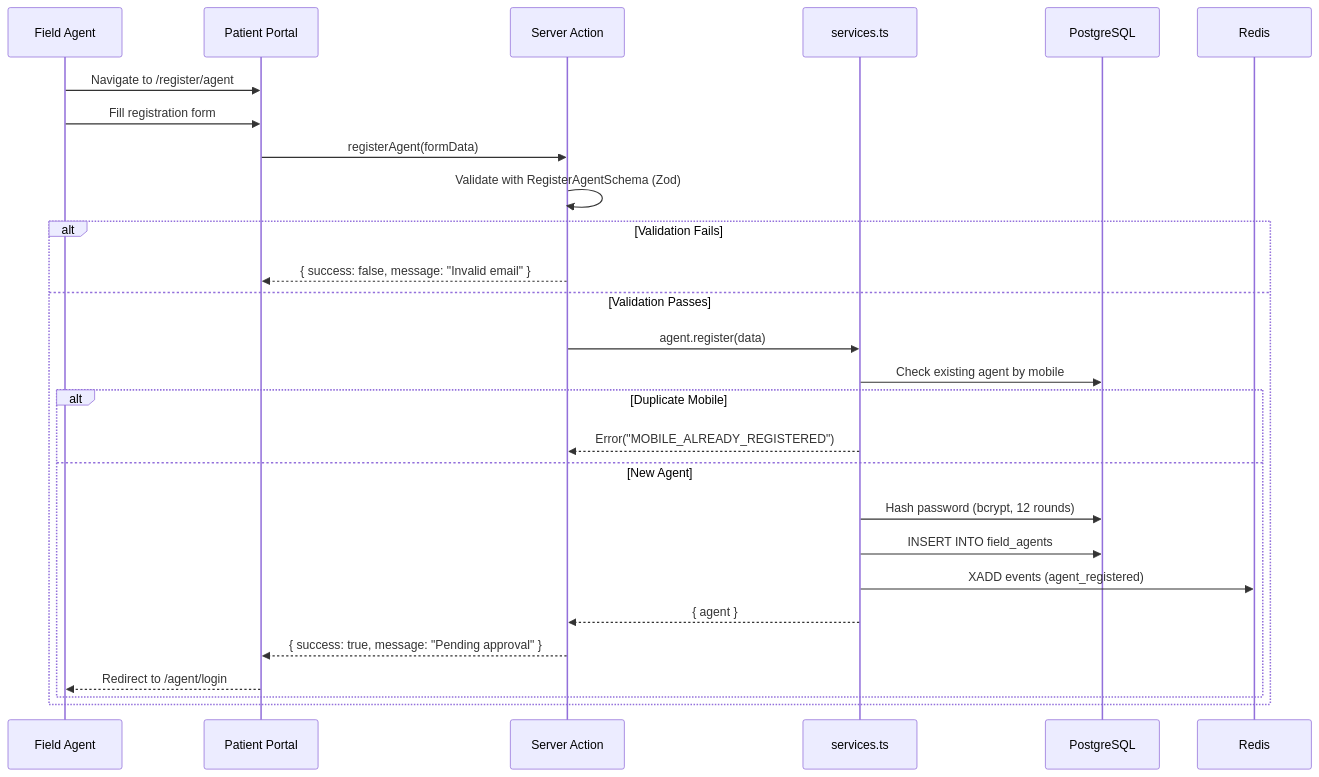
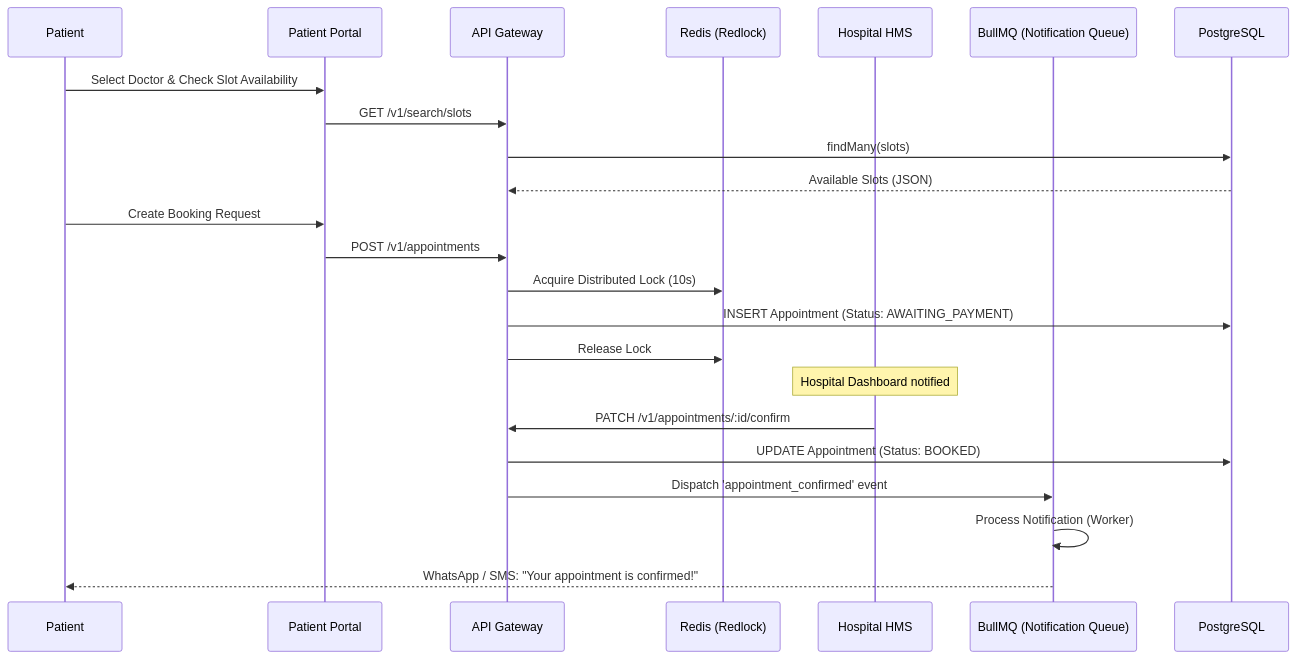
The fourth of 4 diagrams in docs/architecture/README.md (hemanthprince64-coder/Haspataal), drawn with Mermaid before and after one commit. The commit also changed other lines of this file and 30 other files, not shown here.

````diff
--- a/docs/architecture/README.md
+++ b/docs/architecture/README.md
@@ -217,31 +140,29 @@
 ```mermaid
 sequenceDiagram
-    participant AG as Field Agent
+    participant P as Patient
     participant PP as Patient Portal
-    participant SA as Server Action
-    participant SVC as services.ts
+    participant GW as API Gateway
+    participant RD as Redis (Redlock)
+    participant HMS as Hospital HMS
+    participant BQ as BullMQ (Notification Queue)
     participant DB as PostgreSQL
-    participant RD as Redis
 
-    AG->>PP: Navigate to /register/agent
-    AG->>PP: Fill registration form
-    PP->>SA: registerAgent(formData)
-    SA->>SA: Validate with RegisterAgentSchema (Zod)
-
-    alt Validation Fails
-        SA-->>PP: { success: false, message: "Invalid email" }
-    else Validation Passes
-        SA->>SVC: agent.register(data)
-        SVC->>DB: Check existing agent by mobile
-        alt Duplicate Mobile
-            SVC-->>SA: Error("MOBILE_ALREADY_REGISTERED")
-        else New Agent
-            SVC->>DB: Hash password (bcrypt, 12 rounds)
-            SVC->>DB: INSERT INTO field_agents
-            SVC->>RD: XADD events (agent_registered)
-            SVC-->>SA: { agent }
-            SA-->>PP: { success: true, message: "Pending approval" }
-            PP-->>AG: Redirect to /agent/login
-        end
-    end
+    P->>PP: Select Doctor & Check Slot Availability
+    PP->>GW: GET /v1/search/slots
+    GW->>DB: findMany(slots)
+    DB-->>GW: Available Slots (JSON)
+    
+    P->>PP: Create Booking Request
+    PP->>GW: POST /v1/appointments
+    GW->>RD: Acquire Distributed Lock (10s)
+    GW->>DB: INSERT Appointment (Status: AWAITING_PAYMENT)
+    GW->>RD: Release Lock
+    
+    note over HMS: Hospital Dashboard notified
+    HMS->>GW: PATCH /v1/appointments/:id/confirm
+    GW->>DB: UPDATE Appointment (Status: BOOKED)
+    
+    GW->>BQ: Dispatch 'appointment_confirmed' event
+    BQ->>BQ: Process Notification (Worker)
+    BQ-->>P: WhatsApp / SMS: "Your appointment is confirmed!"
 ```
````
